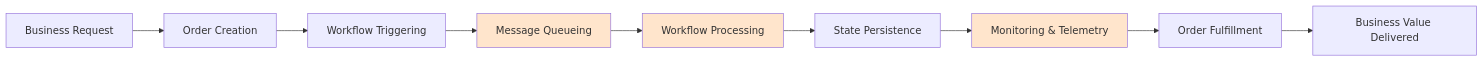
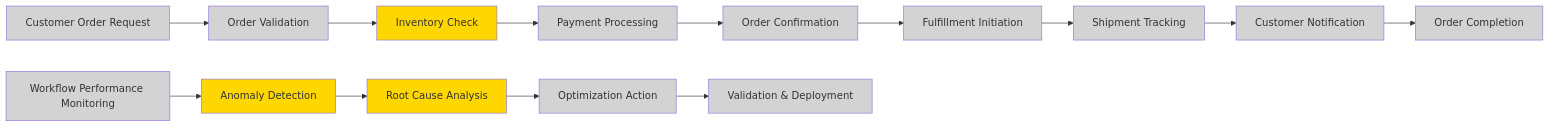
The second of 13 diagrams in bdat.md (Evilazaro/Azure-LogicApps-Monitoring), drawn with Mermaid before and after one commit. The commit also changed other lines of this file, not shown here.

Commit message:
Implement feature X to enhance user experience and optimize performance

````diff
--- a/bdat.md
+++ b/bdat.md
@@ -76,17 +97,31 @@
 ```mermaid
-graph LR
-    A[Business Request] --> B[Order Creation]
-    B --> C[Workflow Triggering]
-    C --> D[Message Queueing]
-    D --> E[Workflow Processing]
-    E --> F[State Persistence]
-    F --> G[Monitoring & Telemetry]
-    G --> H[Order Fulfillment]
-    H --> I[Business Value Delivered]
+flowchart LR
+    V1[Customer Order Request] --> V2[Order Validation]
+    V2 --> V3[Inventory Check]
+    V3 --> V4[Payment Processing]
+    V4 --> V5[Order Confirmation]
+    V5 --> V6[Fulfillment Initiation]
+    V6 --> V7[Shipment Tracking]
+    V7 --> V8[Customer Notification]
+    V8 --> V9[Order Completion]
     
-    style D fill:#FFE5CC
-    style E fill:#FFE5CC
-    style G fill:#FFE5CC
+    V10[Workflow Performance Monitoring] --> V11[Anomaly Detection]
+    V11 --> V12[Root Cause Analysis]
+    V12 --> V13[Optimization Action]
+    V13 --> V14[Validation & Deployment]
     
-    classDef critical fill:#FFE5CC
+    style V1 fill:#D3D3D3
+    style V2 fill:#D3D3D3
+    style V3 fill:#FFD700
+    style V4 fill:#D3D3D3
+    style V5 fill:#D3D3D3
+    style V6 fill:#D3D3D3
+    style V7 fill:#D3D3D3
+    style V8 fill:#D3D3D3
+    style V9 fill:#D3D3D3
+    style V10 fill:#D3D3D3
+    style V11 fill:#FFD700
+    style V12 fill:#FFD700
+    style V13 fill:#D3D3D3
+    style V14 fill:#D3D3D3
 ```
````
